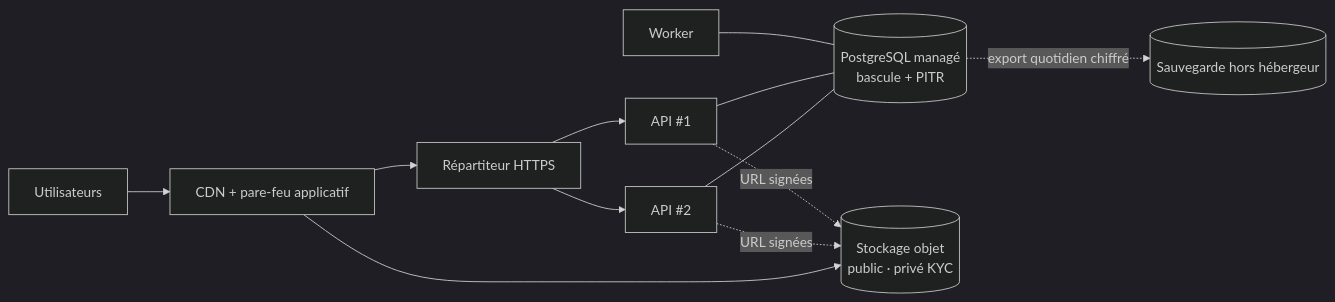
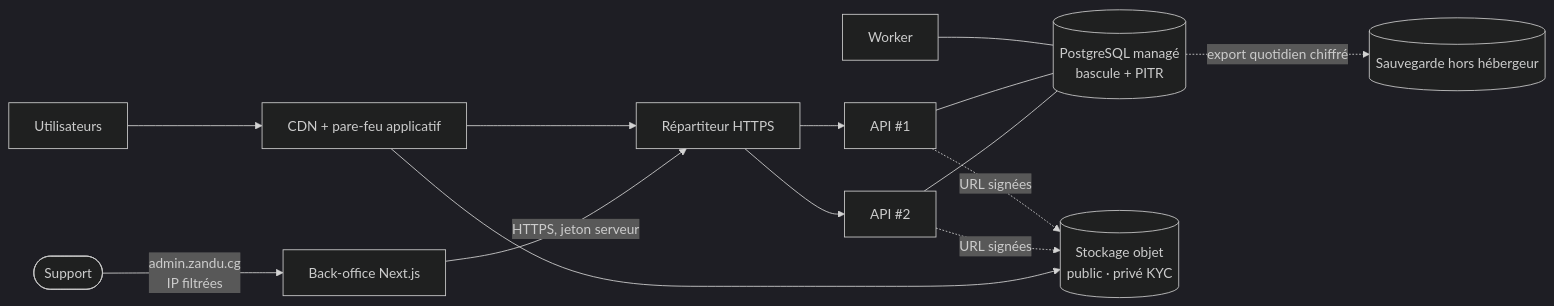
Before and after one commit to yionictech/zandu: the diagram in docs/architecture/07-infrastructure-deploiement.md, drawn with Mermaid (dark theme). The commit also changed other lines of this file and 73 other files, not shown here.

````diff
--- a/docs/architecture/07-infrastructure-deploiement.md
+++ b/docs/architecture/07-infrastructure-deploiement.md
@@ -15,12 +15,14 @@
 ```mermaid
 flowchart LR
   U[Utilisateurs] --> CF[CDN + pare-feu applicatif]
   CF --> LB[Répartiteur HTTPS]
   LB --> A1[API #1]
   LB --> A2[API #2]
   W[Worker] --- PG
   A1 & A2 --- PG[(PostgreSQL managé<br/>bascule + PITR)]
+  S([Support]) -->|admin.zandu.cg<br/>IP filtrées| BO[Back-office Next.js]
+  BO -->|HTTPS, jeton serveur| LB
   A1 & A2 -. URL signées .-> S3[(Stockage objet<br/>public · privé KYC)]
   CF --> S3
   PG -. export quotidien chiffré .-> BK[(Sauvegarde hors hébergeur)]
 ```
````
